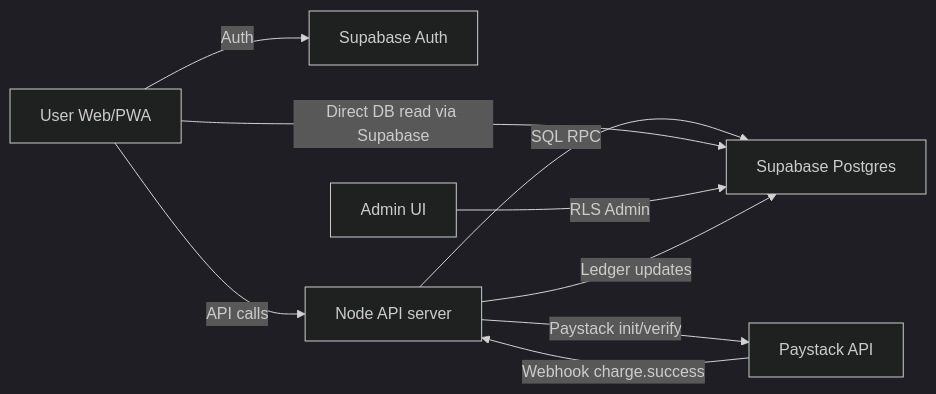
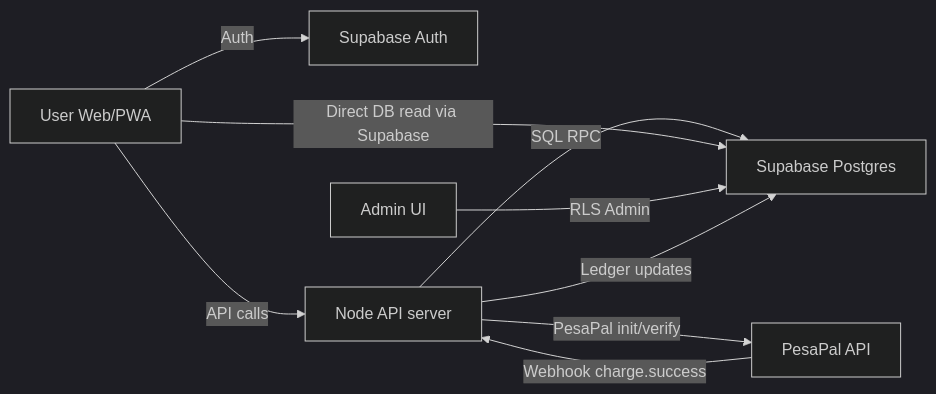
Before and after one commit to creativekeagency254-collab/scm-main: the first of 8 diagrams in EDDISON_FLOW.md, drawn with Mermaid (dark theme). The commit also changed other lines of this file and 9 other files, not shown here.

````diff
--- a/EDDISON_FLOW.md
+++ b/EDDISON_FLOW.md
@@ -26,11 +26,11 @@
 ```mermaid
 flowchart LR
   U[User Web/PWA] -->|Auth| SBAuth[Supabase Auth]
   U -->|API calls| API[Node API server]
   API -->|SQL RPC| SBDB[Supabase Postgres]
   U -->|Direct DB read via Supabase| SBDB
-  API -->|Paystack init/verify| PS[Paystack API]
+  API -->|PesaPal init/verify| PS[PesaPal API]
   PS -->|Webhook charge.success| API
   Admin[Admin UI] -->|RLS Admin| SBDB
   API -->|Ledger updates| SBDB
 ```
````
